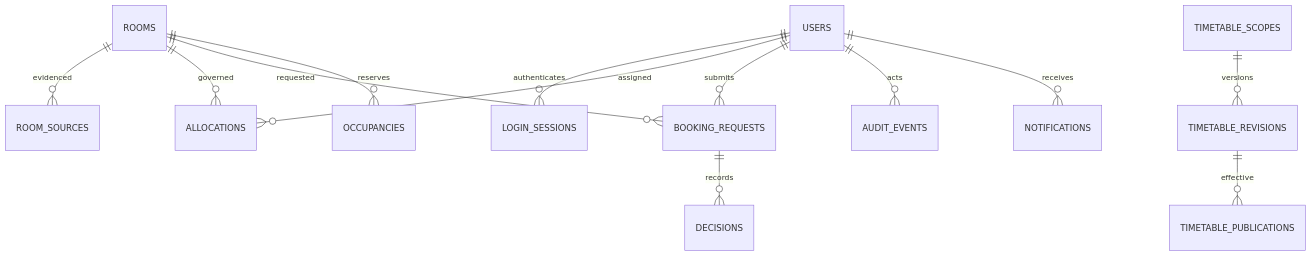
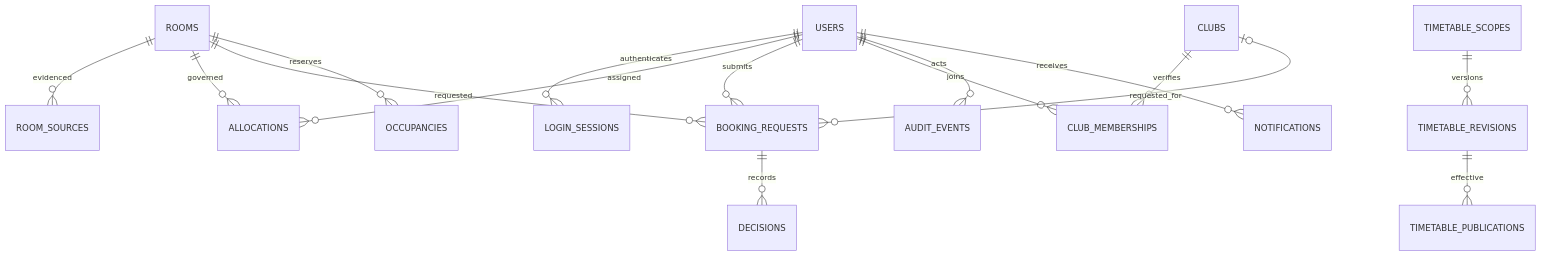
One commit to priyanshurawat15-dev/QuickSlot-Smart-Free-Slot-Finder changed the fifth of 9 diagrams in docs/rework/system-and-workflows.md. Above: the diagram before and after it, drawn with Mermaid. The commit also changed other lines of this file and 6 other files, not shown here.

````diff
--- a/docs/rework/system-and-workflows.md
+++ b/docs/rework/system-and-workflows.md
@@ -90,15 +90,18 @@
 ```mermaid
 erDiagram
     USERS ||--o{ LOGIN_SESSIONS : authenticates
     USERS ||--o{ ALLOCATIONS : assigned
     ROOMS ||--o{ ROOM_SOURCES : evidenced
     ROOMS ||--o{ ALLOCATIONS : governed
     USERS ||--o{ BOOKING_REQUESTS : submits
+    USERS ||--o{ CLUB_MEMBERSHIPS : joins
+    CLUBS ||--o{ CLUB_MEMBERSHIPS : verifies
+    CLUBS |o--o{ BOOKING_REQUESTS : requested_for
     ROOMS ||--o{ BOOKING_REQUESTS : requested
     BOOKING_REQUESTS ||--o{ DECISIONS : records
     ROOMS ||--o{ OCCUPANCIES : reserves
     TIMETABLE_SCOPES ||--o{ TIMETABLE_REVISIONS : versions
     TIMETABLE_REVISIONS ||--o{ TIMETABLE_PUBLICATIONS : effective
     USERS ||--o{ AUDIT_EVENTS : acts
     USERS ||--o{ NOTIFICATIONS : receives
 ```
````
